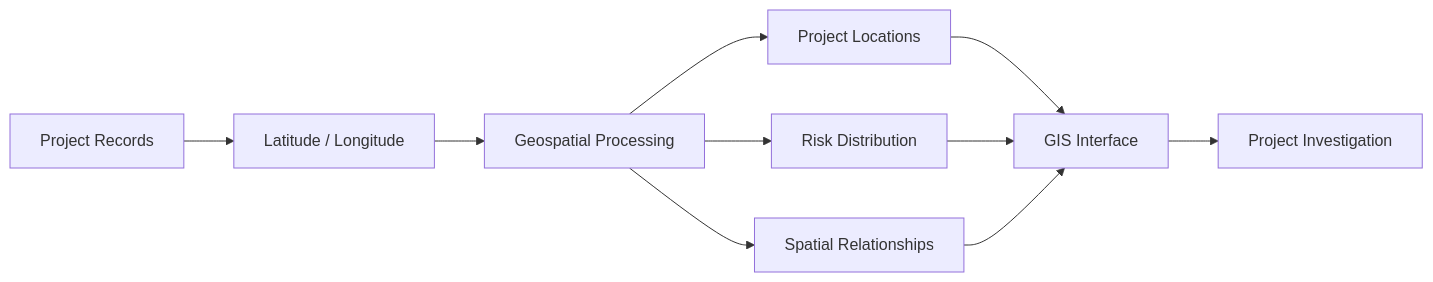
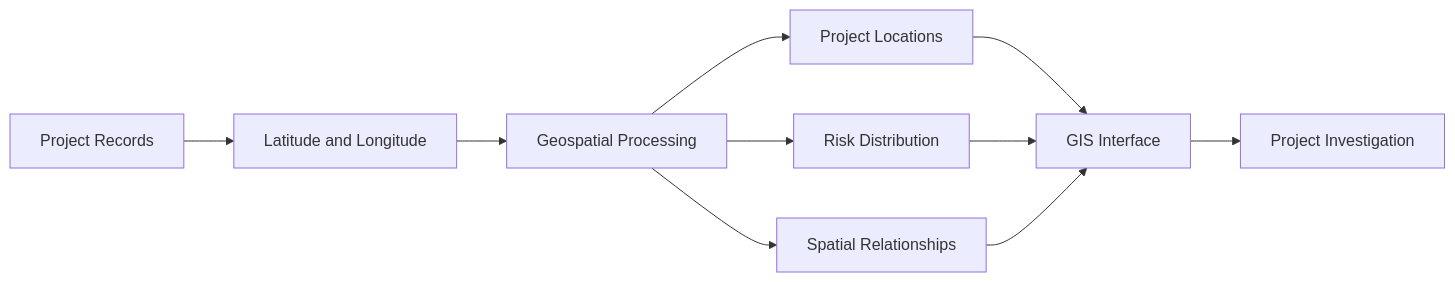
Before and after one commit to the-nidhi-bhat/mplads-sentinel: the tenth of 17 diagrams in README.md, drawn with Mermaid. The commit also changed other lines of this file, not shown here.

````diff
--- a/README.md
+++ b/README.md
@@ -373,15 +373,12 @@
 ```mermaid
 flowchart LR
-    A["Project Records"] --> B["Latitude / Longitude"]
+    A["Project Records"] --> B["Latitude and Longitude"]
     B --> C["Geospatial Processing"]
-
     C --> D["Project Locations"]
     C --> E["Risk Distribution"]
     C --> F["Spatial Relationships"]
-
     D --> G["GIS Interface"]
     E --> G
     F --> G
-
     G --> H["Project Investigation"]
 ```
````
